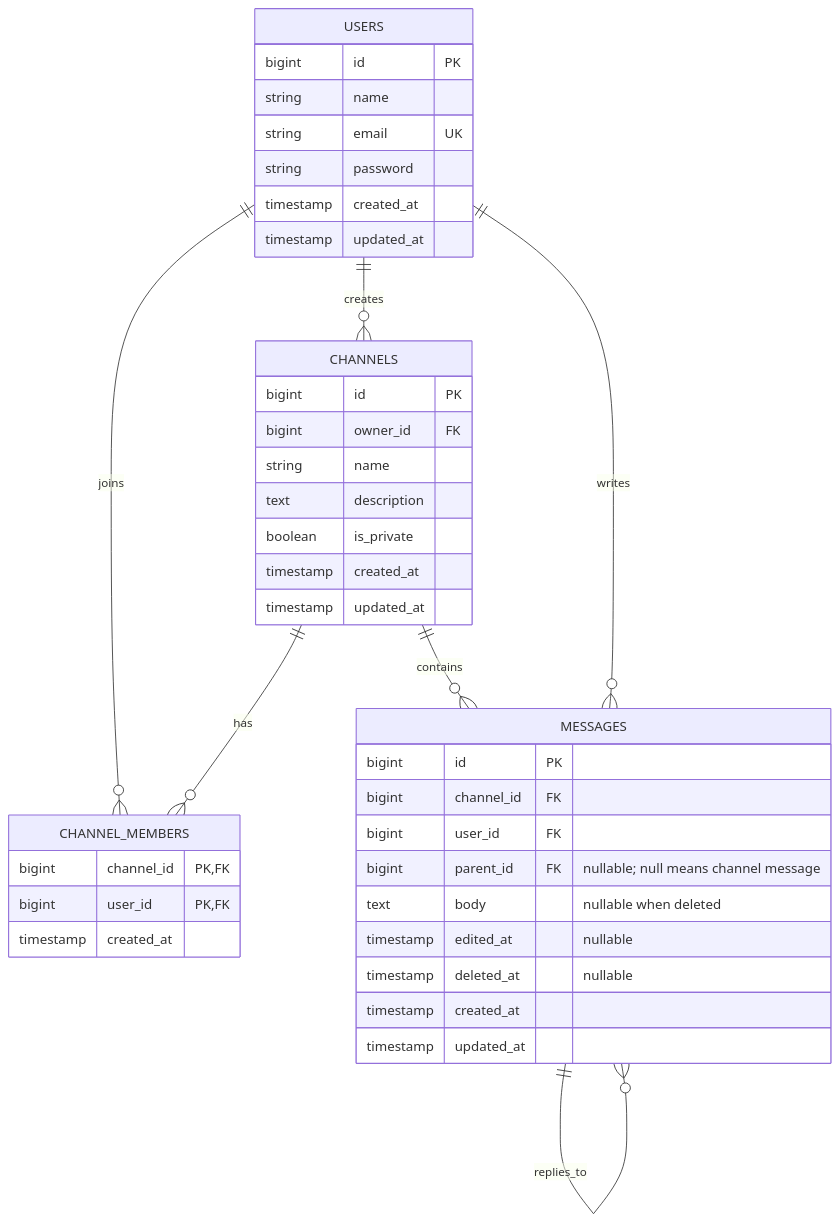
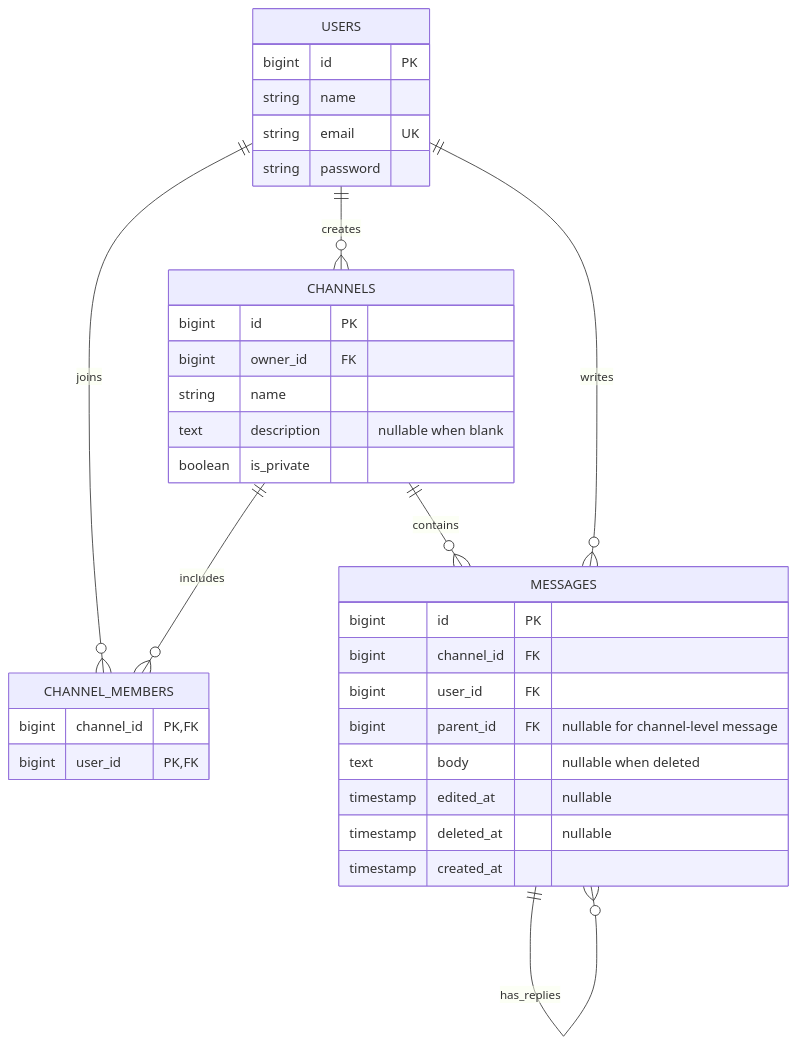
Before and after one commit to 339-kojima/teamchat-app: the diagram in docs/design/data.md, drawn with Mermaid. The commit also changed other lines of this file and 1 other file, not shown here.

````diff
--- a/docs/design/data.md
+++ b/docs/design/data.md
@@ -5,43 +5,37 @@
 ```mermaid
 erDiagram
   USERS ||--o{ CHANNELS : creates
   USERS ||--o{ CHANNEL_MEMBERS : joins
-  CHANNELS ||--o{ CHANNEL_MEMBERS : has
+  CHANNELS ||--o{ CHANNEL_MEMBERS : includes
   CHANNELS ||--o{ MESSAGES : contains
   USERS ||--o{ MESSAGES : writes
-  MESSAGES ||--o{ MESSAGES : replies_to
+  MESSAGES ||--o{ MESSAGES : has_replies
 
   USERS {
     bigint id PK
     string name
     string email UK
     string password
-    timestamp created_at
-    timestamp updated_at
   }
   CHANNELS {
     bigint id PK
     bigint owner_id FK
     string name
-    text description
+    text description "nullable when blank"
     boolean is_private
-    timestamp created_at
-    timestamp updated_at
   }
   CHANNEL_MEMBERS {
     bigint channel_id PK,FK
     bigint user_id PK,FK
-    timestamp created_at
   }
   MESSAGES {
     bigint id PK
     bigint channel_id FK
     bigint user_id FK
-    bigint parent_id FK "nullable; null means channel message"
+    bigint parent_id FK "nullable for channel-level message"
     text body "nullable when deleted"
     timestamp edited_at "nullable"
     timestamp deleted_at "nullable"
     timestamp created_at
-    timestamp updated_at
   }
 ```
````
